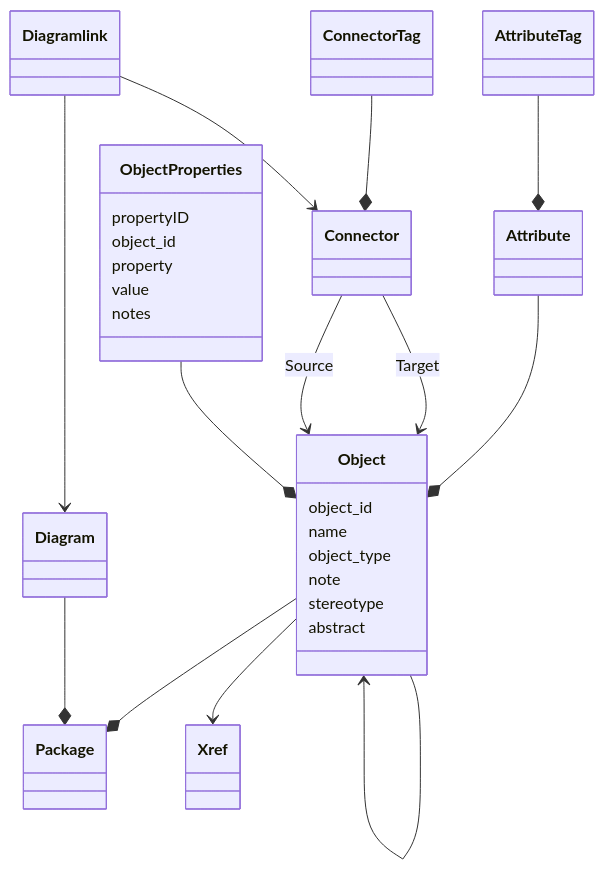
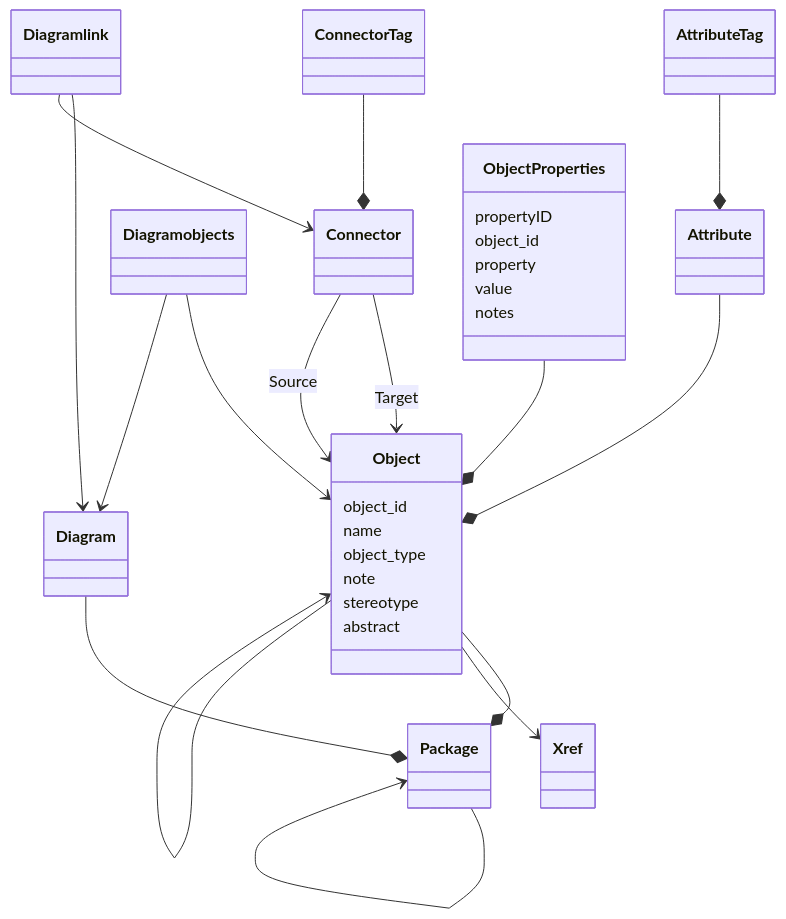
One commit to avzdk/sqlmodelsparx changed the diagram in doc/model.md. Above: the diagram before and after it, drawn with Mermaid. The commit also changed 1 other file, not shown here.

Commit message:
Diagramobjects

````diff
--- a/doc/model.md
+++ b/doc/model.md
@@ -3,36 +3,39 @@
 ```mermaid
 
 classDiagram
 
+Package --> Package
 Object --* Package
 Object --> Xref
 Attribute --* Object
 AttributeTag --* Attribute
 Object --> Object
 Diagram --* Package
 Diagramlink --> Diagram
+Diagramobjects --> Object
+Diagramobjects --> Diagram
 Connector --> Object : Target
 Connector --> Object : Source
 ConnectorTag --* Connector
 Diagramlink --> Connector
 ObjectProperties --* Object
 
 class Object {
     object_id
     name
     object_type
     note
     stereotype
     abstract
 }
 
 class ObjectProperties{
     propertyID
     object_id
     property
     value
     notes
 }
 
 
 ```
````
